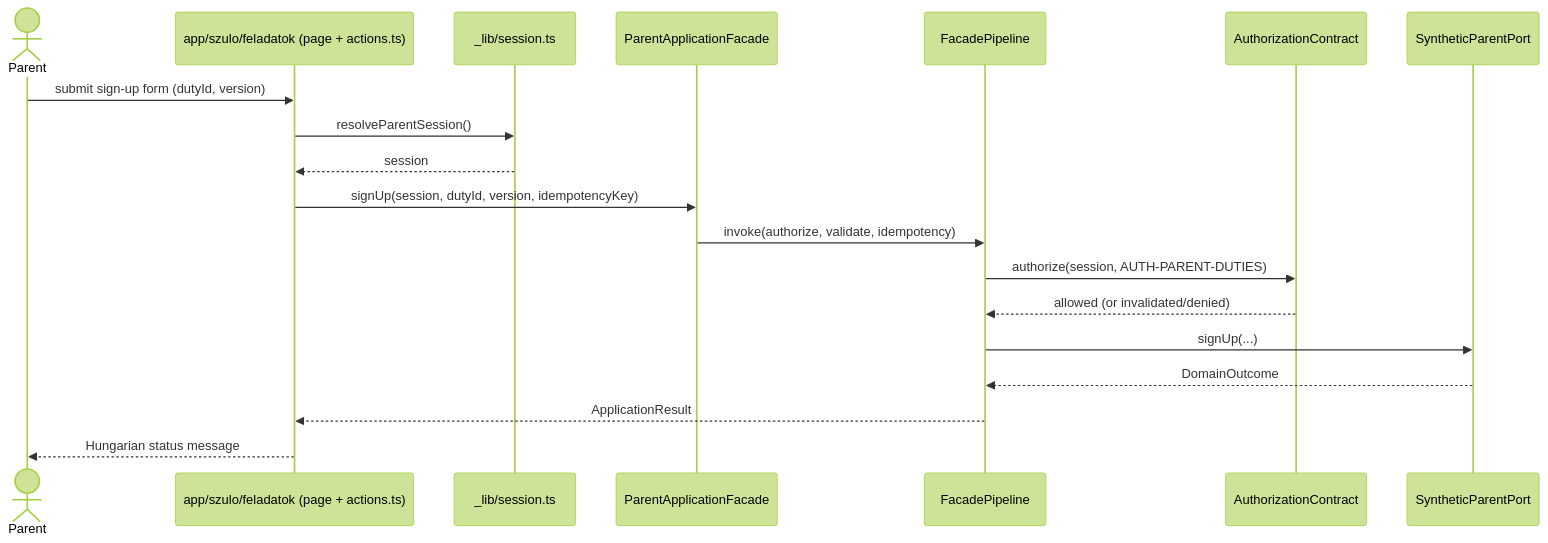
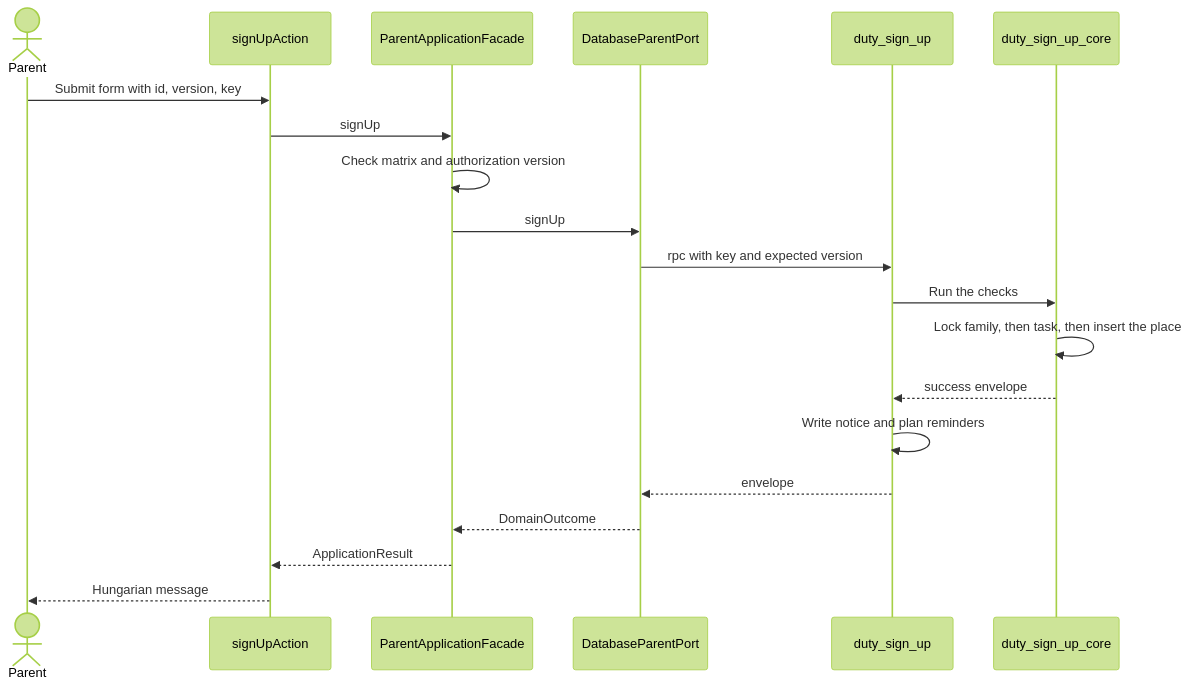
The second of 5 diagrams in aidlc/spaces/default/codekb/waldorf-community-task-manager/architecture.md (bbotond83/waldorf-community-task-manager), drawn with Mermaid (forest theme) before and after one commit. The commit also changed other lines of this file and 142 other files, not shown here.

````diff
--- a/aidlc/spaces/default/codekb/waldorf-community-task-manager/architecture.md
+++ b/aidlc/spaces/default/codekb/waldorf-community-task-manager/architecture.md
@@ -199,21 +131,23 @@
 ```mermaid
 sequenceDiagram
-  actor P as Parent
-  participant UI as app/szulo/feladatok (page + actions.ts)
-  participant S as _lib/session.ts
-  participant F as ParentApplicationFacade
-  participant PL as FacadePipeline
-  participant AZ as AuthorizationContract
-  participant PP as SyntheticParentPort
-  P->>UI: submit sign-up form (dutyId, version)
-  UI->>S: resolveParentSession()
-  S-->>UI: session
-  UI->>F: signUp(session, dutyId, version, idempotencyKey)
-  F->>PL: invoke(authorize, validate, idempotency)
-  PL->>AZ: authorize(session, AUTH-PARENT-DUTIES)
-  AZ-->>PL: allowed (or invalidated/denied)
-  PL->>PP: signUp(...)
-  PP-->>PL: DomainOutcome
-  PL-->>UI: ApplicationResult
-  UI-->>P: Hungarian status message
+  actor Parent
+  participant Action as signUpAction
+  participant Facade as ParentApplicationFacade
+  participant Port as DatabaseParentPort
+  participant DB as duty_sign_up
+  participant Core as duty_sign_up_core
+
+  Parent->>Action: Submit form with id, version, key
+  Action->>Facade: signUp
+  Facade->>Facade: Check matrix and authorization version
+  Facade->>Port: signUp
+  Port->>DB: rpc with key and expected version
+  DB->>Core: Run the checks
+  Core->>Core: Lock family, then task, then insert the place
+  Core-->>DB: success envelope
+  DB->>DB: Write notice and plan reminders
+  DB-->>Port: envelope
+  Port-->>Facade: DomainOutcome
+  Facade-->>Action: ApplicationResult
+  Action-->>Parent: Hungarian message
 ```
````
